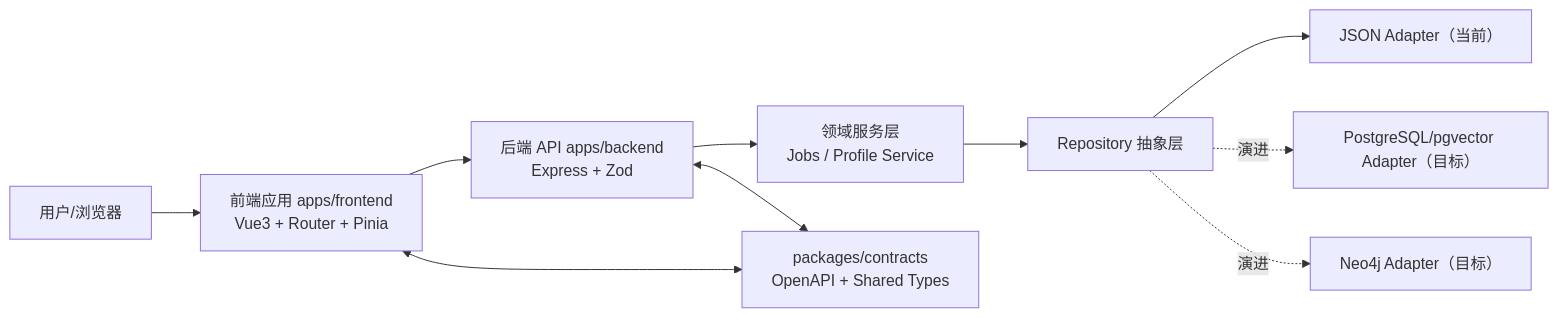
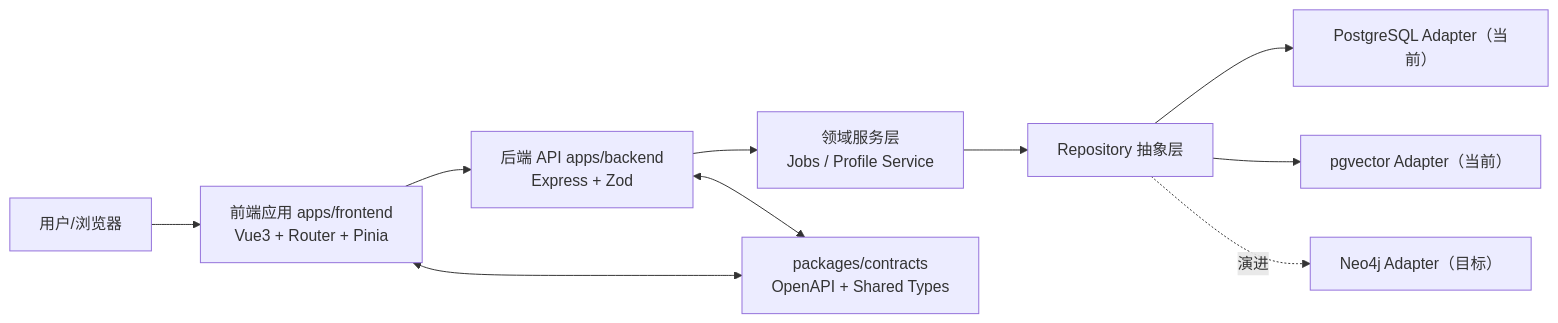
Before and after one commit to youtao19/vision-meet: the first of 3 diagrams in docs/项目技术架构.md, drawn with Mermaid. The commit also changed other lines of this file and 54 other files, not shown here.

````diff
--- a/docs/项目技术架构.md
+++ b/docs/项目技术架构.md
@@ -54,12 +54,12 @@
 ```mermaid
 flowchart LR
   U["用户/浏览器"] --> FE["前端应用 apps/frontend<br/>Vue3 + Router + Pinia"]
   FE --> API["后端 API apps/backend<br/>Express + Zod"]
   API --> SVC["领域服务层<br/>Jobs / Profile Service"]
   SVC --> REPO["Repository 抽象层"]
-  REPO --> ADAPTER1["JSON Adapter（当前）"]
-  REPO -. 演进 .-> ADAPTER2["PostgreSQL/pgvector Adapter（目标）"]
+  REPO --> ADAPTER1["PostgreSQL Adapter（当前）"]
+  REPO --> ADAPTER2["pgvector Adapter（当前）"]
   REPO -. 演进 .-> ADAPTER3["Neo4j Adapter（目标）"]
   FE <--> CONTRACT["packages/contracts<br/>OpenAPI + Shared Types"]
   API <--> CONTRACT
 ```
````
